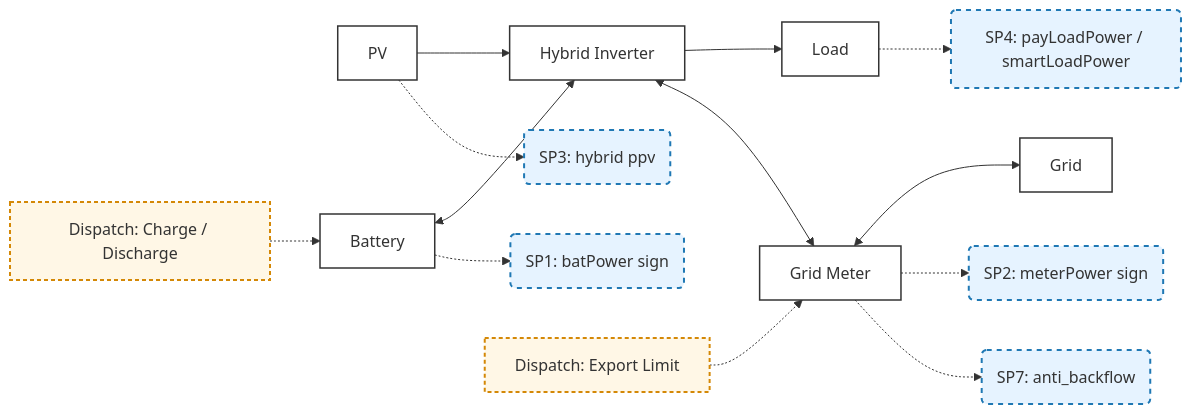
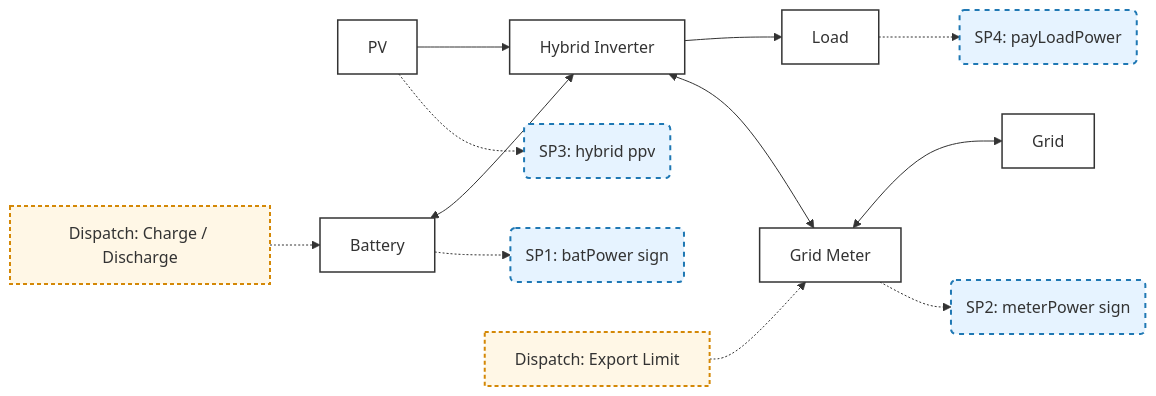
Before and after one commit to EugeneJian/growatt-unified-api: the second of 8 diagrams in Growatt API/OPENAPI/13_ess_semantic_model.md, drawn with Mermaid. The commit also changed other lines of this file and 2 other files, not shown here.

````diff
--- a/Growatt API/OPENAPI/13_ess_semantic_model.md
+++ b/Growatt API/OPENAPI/13_ess_semantic_model.md
@@ -83,42 +83,40 @@
 ```mermaid
 flowchart LR
 
     classDef asset fill:#ffffff,stroke:#333,stroke-width:1.5px;
     classDef semantic fill:#e6f3ff,stroke:#1f78b4,stroke-width:2px,stroke-dasharray: 5 5;
     classDef dispatch fill:#fff7e6,stroke:#d48806,stroke-width:2px,stroke-dasharray: 4 3;
 
     PV[PV]
     Battery[Battery]
     Inverter[Hybrid Inverter]
     GridMeter[Grid Meter]
     Load[Load]
     Grid[Grid]
 
     PV --> Inverter
     Battery <--> Inverter
     Inverter --> Load
     Inverter <--> GridMeter
     GridMeter <--> Grid
 
     SP1(SP1: batPower sign)
     SP2(SP2: meterPower sign)
     SP3(SP3: hybrid ppv)
-    SP4(SP4: payLoadPower / smartLoadPower)
-    SP7(SP7: anti_backflow)
+    SP4(SP4: payLoadPower)
 
     Battery -.-> SP1
     GridMeter -.-> SP2
     PV -.-> SP3
     Load -.-> SP4
-    GridMeter -.-> SP7
 
     D1[Dispatch: Charge / Discharge]
     D2[Dispatch: Export Limit]
 
     D1 -.-> Battery
     D2 -.-> GridMeter
 
     class PV,Battery,Inverter,GridMeter,Load,Grid asset;
-    class SP1,SP2,SP3,SP4,SP7 semantic;
+    class SP1,SP2,SP3,SP4 semantic;
     class D1,D2 dispatch;
 ```
````
